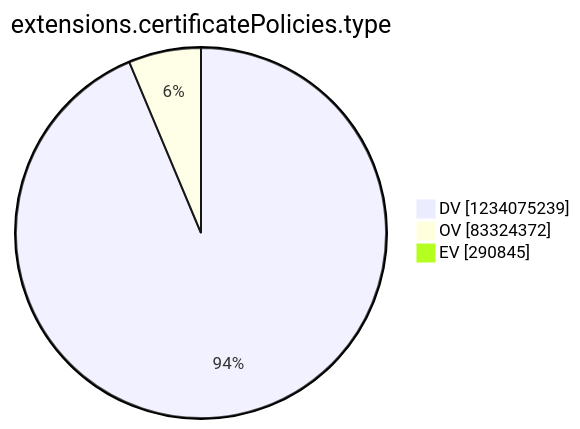
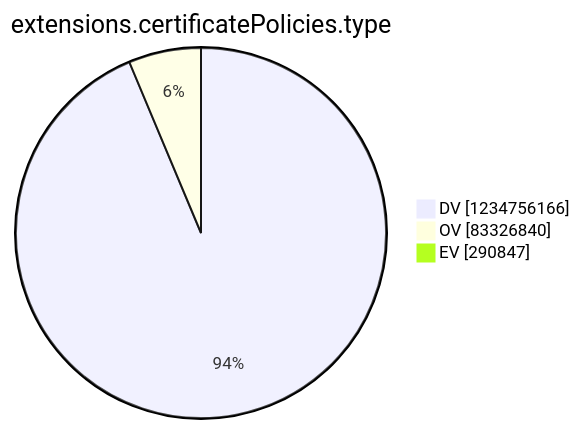
The tenth of 15 diagrams in argon2022/README.md (christiankrug/ctmonitor_visualization), drawn with Mermaid before and after one commit. The commit also changed other lines of this file, not shown here.

````diff
--- a/argon2022/README.md
+++ b/argon2022/README.md
@@ -2770,7 +2770,7 @@
 ```mermaid
 pie showData
 title extensions.certificatePolicies.type
-"DV" :1234075239
-"OV" :83324372
-"EV" :290845
+"DV" :1234756166
+"OV" :83326840
+"EV" :290847
 ```
````
